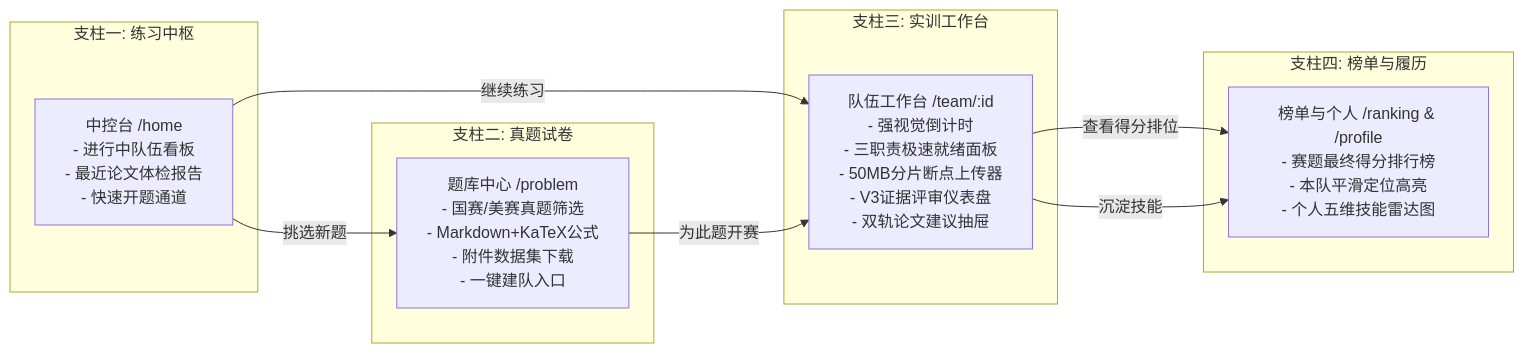
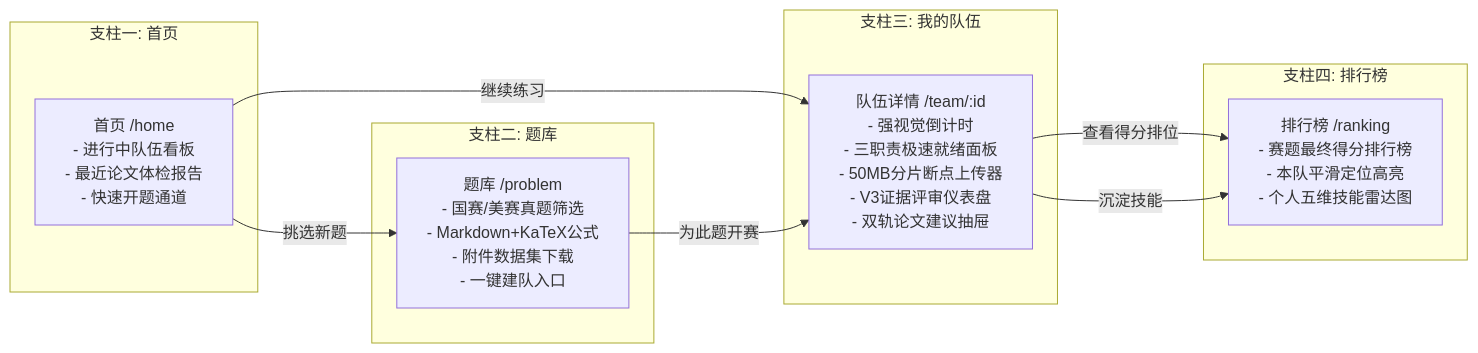
The second of 4 diagrams in docs/project/04-前端设计/03-前端架构设计.md (Dorian7Alden/LeetModel), drawn with Mermaid before and after one commit. The commit also changed other lines of this file, not shown here.

````diff
--- a/docs/project/04-前端设计/03-前端架构设计.md
+++ b/docs/project/04-前端设计/03-前端架构设计.md
@@ -53,24 +67,24 @@
 ```mermaid
 flowchart LR
-    subgraph 支柱一: 练习中枢
-        H[中控台 /home<br/>- 进行中队伍看板<br/>- 最近论文体检报告<br/>- 快速开题通道]
+    subgraph 支柱一: 首页
+        H[首页 /home<br/>- 进行中队伍看板<br/>- 最近论文体检报告<br/>- 快速开题通道]
     end
 
-    subgraph 支柱二: 真题试卷
-        P[题库中心 /problem<br/>- 国赛/美赛真题筛选<br/>- Markdown+KaTeX公式<br/>- 附件数据集下载<br/>- 一键建队入口]
+    subgraph 支柱二: 题库
+        P[题库 /problem<br/>- 国赛/美赛真题筛选<br/>- Markdown+KaTeX公式<br/>- 附件数据集下载<br/>- 一键建队入口]
     end
 
-    subgraph 支柱三: 实训工作台
-        T[队伍工作台 /team/:id<br/>- 强视觉倒计时<br/>- 三职责极速就绪面板<br/>- 50MB分片断点上传器<br/>- V3证据评审仪表盘<br/>- 双轨论文建议抽屉]
+    subgraph 支柱三: 我的队伍
+        T[队伍详情 /team/:id<br/>- 强视觉倒计时<br/>- 三职责极速就绪面板<br/>- 50MB分片断点上传器<br/>- V3证据评审仪表盘<br/>- 双轨论文建议抽屉]
     end
 
-    subgraph 支柱四: 榜单与履历
-        R[榜单与个人 /ranking & /profile<br/>- 赛题最终得分排行榜<br/>- 本队平滑定位高亮<br/>- 个人五维技能雷达图]
+    subgraph 支柱四: 排行榜
+        R[排行榜 /ranking<br/>- 赛题最终得分排行榜<br/>- 本队平滑定位高亮<br/>- 个人五维技能雷达图]
     end
 
     H -->|继续练习| T
     H -->|挑选新题| P
     P -->|为此题开赛| T
     T -->|查看得分排位| R
     T -->|沉淀技能| R
 ```
````
